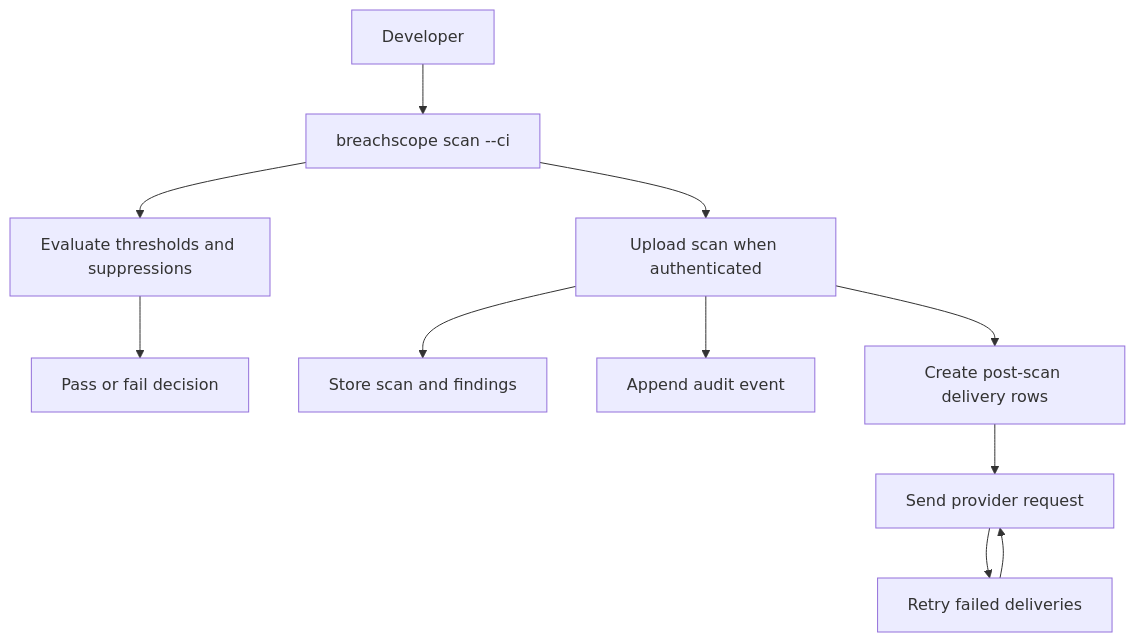
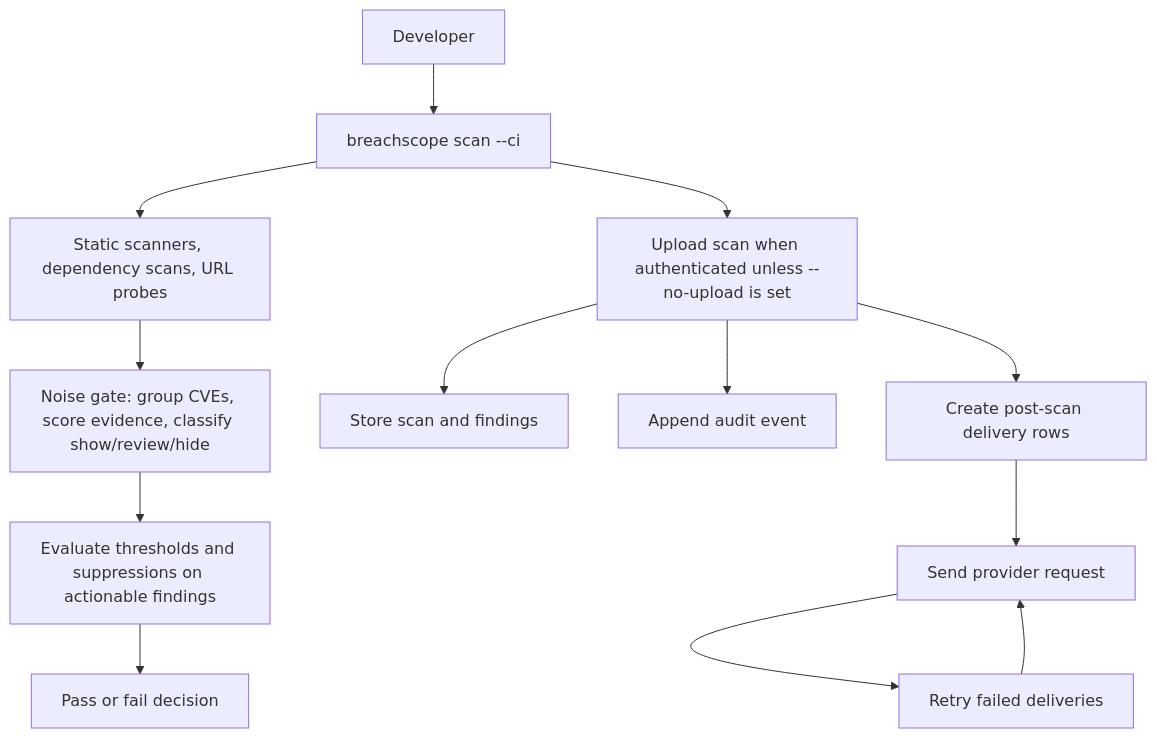
The second of 3 diagrams in docs/architecture.md (Afnanksalal/BreachScope), drawn with Mermaid before and after one commit. The commit also changed other lines of this file and 74 other files, not shown here.

First line of the commit message:
CLI: bump Node, refactor OSV and auth flows

````diff
--- a/docs/architecture.md
+++ b/docs/architecture.md
@@ -24,13 +24,15 @@
 ```mermaid
 flowchart TD
   Dev["Developer"] --> CLI["breachscope scan --ci"]
-  CLI --> Policy["Evaluate thresholds and suppressions"]
+  CLI --> Scanners["Static scanners, dependency scans, URL probes"]
+  Scanners --> NoiseGate["Noise gate: group CVEs, score evidence, classify show/review/hide"]
+  NoiseGate --> Policy["Evaluate thresholds and suppressions on actionable findings"]
   Policy --> Result["Pass or fail decision"]
-  CLI --> API["Upload scan when authenticated"]
+  CLI --> API["Upload scan when authenticated unless --no-upload is set"]
   API --> DB["Store scan and findings"]
   API --> Audit["Append audit event"]
   API --> Delivery["Create post-scan delivery rows"]
   Delivery --> Provider["Send provider request"]
   Provider --> Retry["Retry failed deliveries"]
   Retry --> Provider
 ```
````
